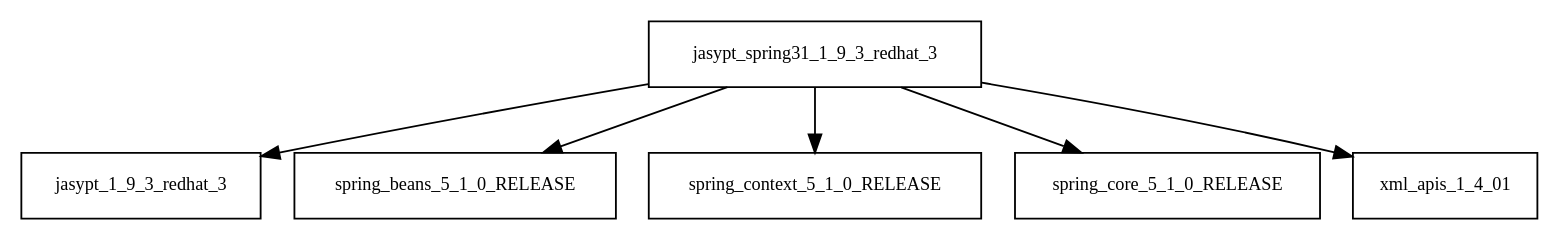
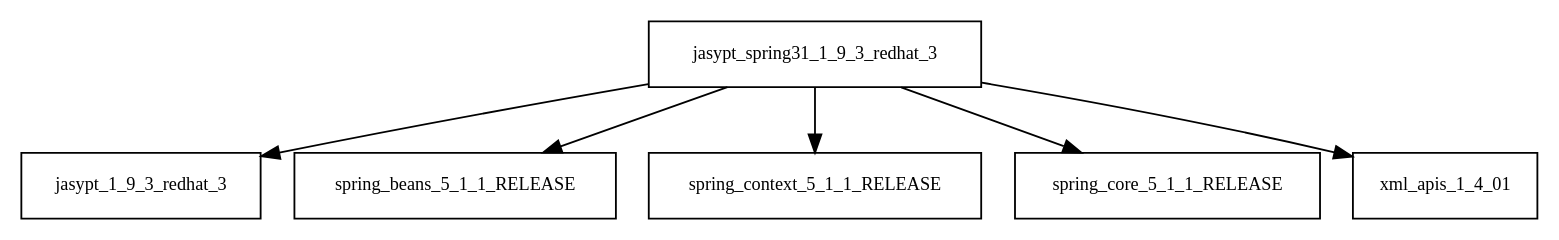
Before and after one commit to Hack23/cia: the diagram in tattleTaleReport/graphviz/jasypt-spring31-1.9.3.redhat_3.jar/jasypt-spring31-1.9.3.redhat_3.jar.dot, drawn with Graphviz. The commit also changed 2494 other files, not shown here.

```diff
--- a/tattleTaleReport/graphviz/jasypt-spring31-1.9.3.redhat_3.jar/jasypt-spring31-1.9.3.redhat_3.jar.dot
+++ b/tattleTaleReport/graphviz/jasypt-spring31-1.9.3.redhat_3.jar/jasypt-spring31-1.9.3.redhat_3.jar.dot
@@ -1,8 +1,8 @@
 digraph jasypt_spring31_1_9_3_redhat_3_dependencies {
   node [shape = box, fontsize=10.0];
   jasypt_spring31_1_9_3_redhat_3 -> jasypt_1_9_3_redhat_3;
-  jasypt_spring31_1_9_3_redhat_3 -> spring_beans_5_1_0_RELEASE;
-  jasypt_spring31_1_9_3_redhat_3 -> spring_context_5_1_0_RELEASE;
-  jasypt_spring31_1_9_3_redhat_3 -> spring_core_5_1_0_RELEASE;
+  jasypt_spring31_1_9_3_redhat_3 -> spring_beans_5_1_1_RELEASE;
+  jasypt_spring31_1_9_3_redhat_3 -> spring_context_5_1_1_RELEASE;
+  jasypt_spring31_1_9_3_redhat_3 -> spring_core_5_1_1_RELEASE;
   jasypt_spring31_1_9_3_redhat_3 -> xml_apis_1_4_01;
 }
```
